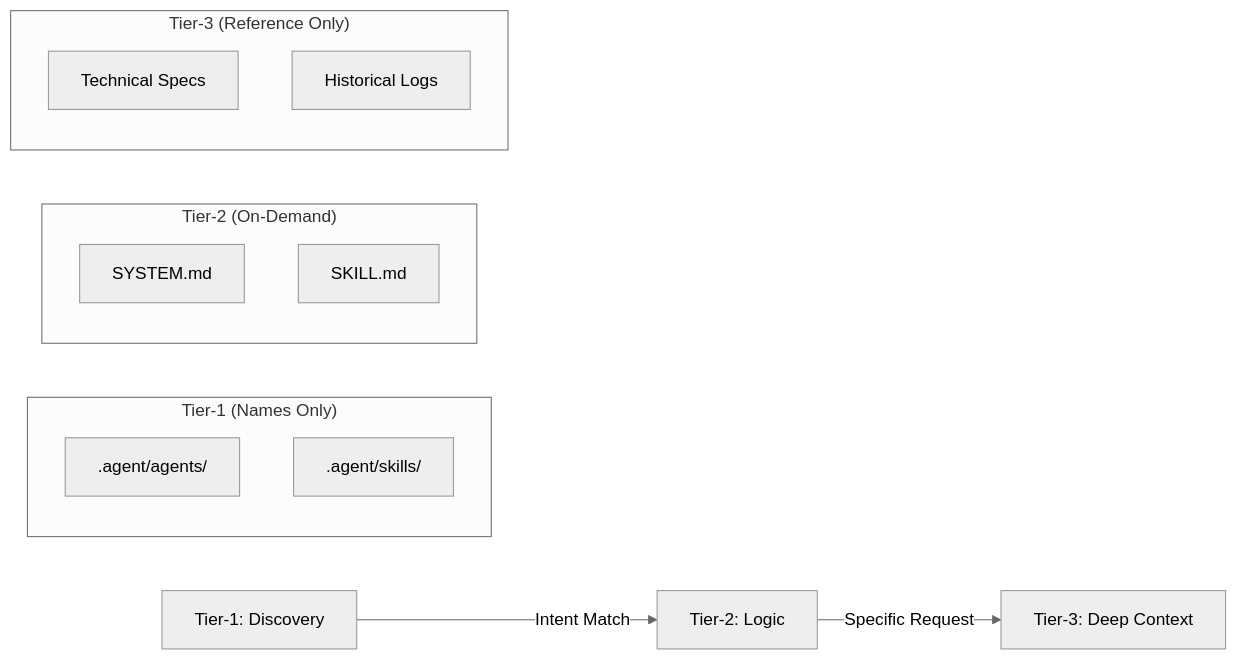
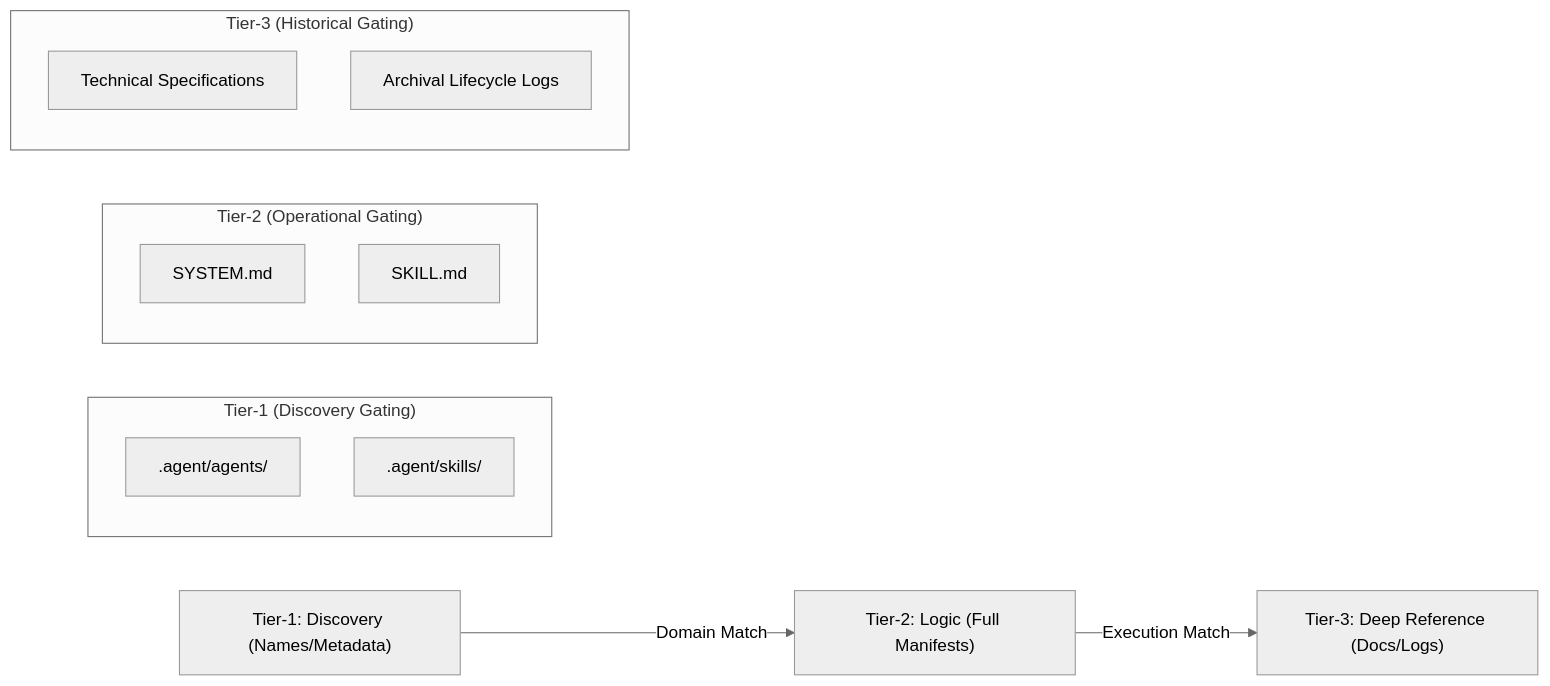
Before and after one commit to rb1whitney/agentic-project-factory: the second of 3 diagrams in docs/repository-architecture.md, drawn with Mermaid (neutral theme). The commit also changed other lines of this file and 46 other files, not shown here.

Commit message:
feat(infra): elevate factory architecture to executive standards

````diff
--- a/docs/repository-architecture.md
+++ b/docs/repository-architecture.md
@@ -39,20 +40,20 @@
 ```mermaid
 flowchart LR
-    Tier1[Tier-1: Discovery] --> |Intent Match| Tier2[Tier-2: Logic]
-    Tier2 --> |Specific Request| Tier3[Tier-3: Deep Context]
+    Tier1["Tier-1: Discovery (Names/Metadata)"] --> |Domain Match| Tier2["Tier-2: Logic (Full Manifests)"]
+    Tier2 --> |Execution Match| Tier3["Tier-3: Deep Reference (Docs/Logs)"]
 
-    subgraph "Tier-1 (Names Only)"
-        T1A[.agent/agents/]
-        T1B[.agent/skills/]
+    subgraph "Tier-1 (Discovery Gating)"
+        T1A[".agent/agents/"]
+        T1B[".agent/skills/"]
     end
 
-    subgraph "Tier-2 (On-Demand)"
-        T2A[SYSTEM.md]
-        T2B[SKILL.md]
+    subgraph "Tier-2 (Operational Gating)"
+        T2A["SYSTEM.md"]
+        T2B["SKILL.md"]
     end
 
-    subgraph "Tier-3 (Reference Only)"
-        T3A[Technical Specs]
-        T3B[Historical Logs]
+    subgraph "Tier-3 (Historical Gating)"
+        T3A["Technical Specifications"]
+        T3B["Archival Lifecycle Logs"]
     end
 ```
````
